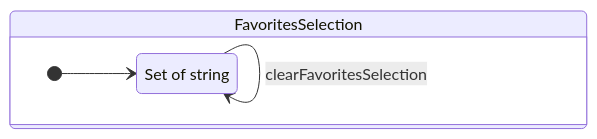
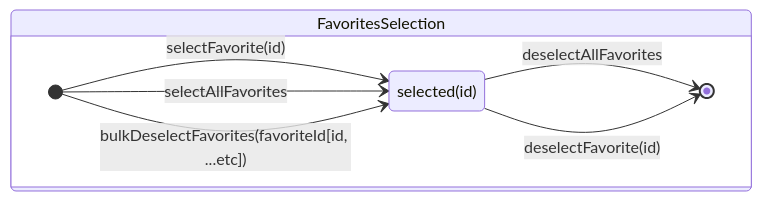
Before and after one commit to grancalavera/reactive-recipes: the second of 3 diagrams in README.md, drawn with Mermaid. The commit also changed other lines of this file and 7 other files, not shown here.

````diff
--- a/README.md
+++ b/README.md
@@ -103,15 +86,11 @@
 ```mermaid
 stateDiagram-v2
 state FavoritesSelection {
   direction LR
-  s: Set of string
-
-  [*] --> s
-  s --> s: selectFavorite(favoriteId)
-  s --> s: deselectFavorite(favoriteId)
-  s --> s: bulkDeselectFavorites(favoriteId[])
-  s --> s: selectAllFavorites
-  s --> s: deselectAllFavorites
-  s --> s: clearFavoritesSelection
+  [*] --> selected(id): selectFavorite(id)
+  [*] --> selected(id): selectAllFavorites
+  [*] --> selected(id): bulkDeselectFavorites(favoriteId[id, ...etc])
+  selected(id) --> [*]: deselectAllFavorites
+  selected(id) --> [*]: deselectFavorite(id)
 }
 ```
````
